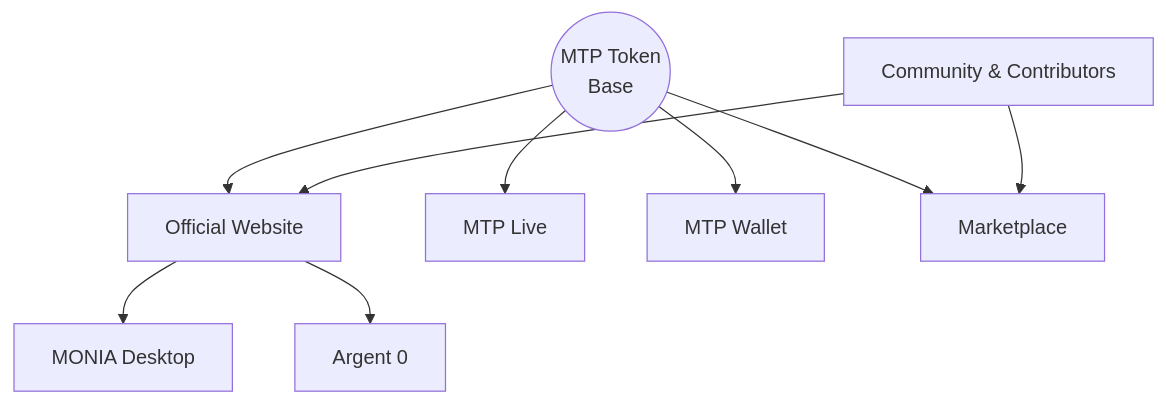
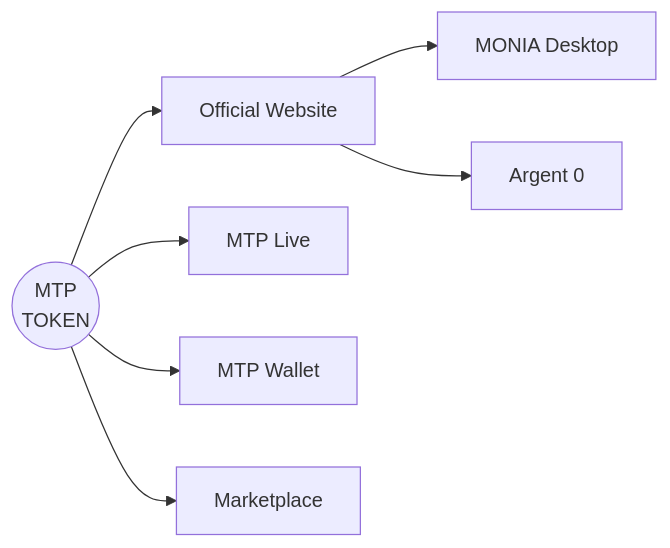
The diagram in README.md (jedi566666/MontpellierECU), drawn with Mermaid before and after one commit. The commit also changed other lines of this file and 1 other file, not shown here.

````diff
--- a/README.md
+++ b/README.md
@@ -40,20 +47,17 @@
 ```mermaid
-flowchart TB
-    MTP((MTP Token<br/>Base))
+flowchart LR
+    MTP((MTP<br/>TOKEN))
     SITE[Official Website]
     LIVE[MTP Live]
     WALLET[MTP Wallet]
     MARKET[Marketplace]
     MONIA[MONIA Desktop]
-    A0[Argent 0]
-    COMMUNITY[Community & Contributors]
+    ZERO[Argent 0]
 
     MTP --> SITE
     MTP --> LIVE
     MTP --> WALLET
     MTP --> MARKET
     SITE --> MONIA
-    SITE --> A0
-    COMMUNITY --> SITE
-    COMMUNITY --> MARKET
+    SITE --> ZERO
 ```
````
